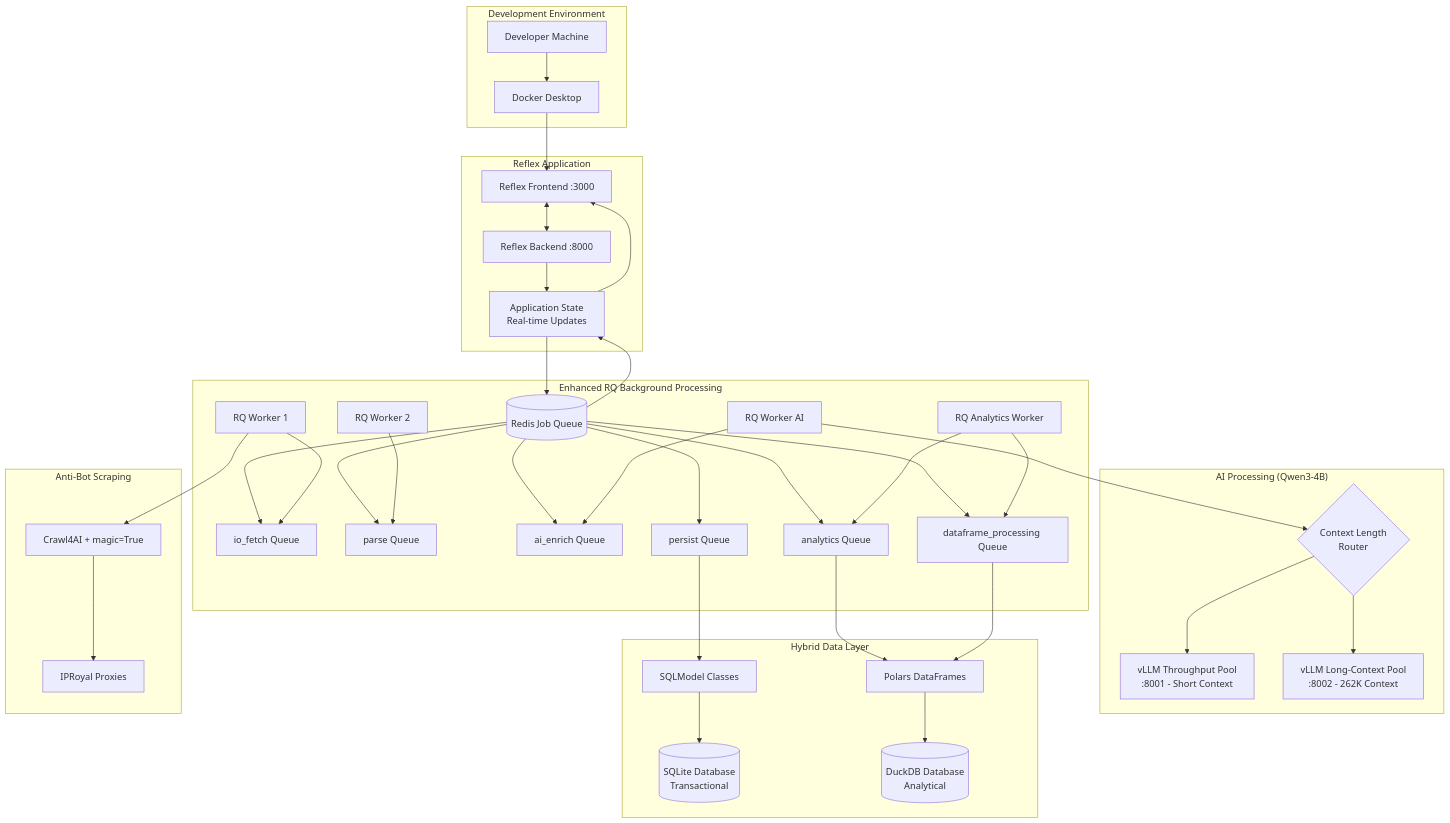
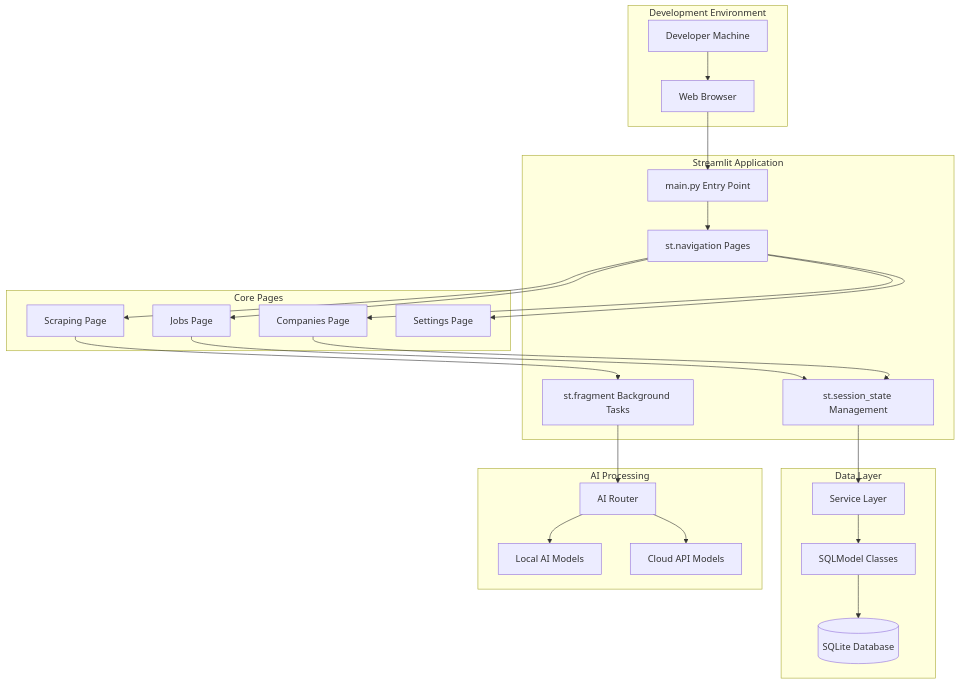
One commit to BjornMelin/ai-job-scraper changed the diagram in docs/adrs/ADR-017-local-development-architecture.md. Above: the diagram before and after it, drawn with Mermaid. The commit also changed other lines of this file and 3 other files, not shown here.

````diff
--- a/docs/adrs/ADR-017-local-development-architecture.md
+++ b/docs/adrs/ADR-017-local-development-architecture.md
@@ -68,81 +169,53 @@
 ```mermaid
 graph TB
     subgraph "Development Environment"
         DEV[Developer Machine]
-        DOCKER[Docker Desktop]
+        BROWSER[Web Browser]
     end
     
-    subgraph "Reflex Application"
-        UI[Reflex Frontend :3000]
-        API[Reflex Backend :8000]
-        STATE[Application State<br/>Real-time Updates]
+    subgraph "Streamlit Application"
+        MAIN[main.py Entry Point]
+        NAV[st.navigation Pages]
+        STATE[st.session_state Management]
+        FRAGMENTS[st.fragment Background Tasks]
     end
     
-    subgraph "Enhanced RQ Background Processing"
-        REDIS[(Redis Job Queue)]
-        FETCH_Q[io_fetch Queue]
-        PARSE_Q[parse Queue]
-        AI_Q[ai_enrich Queue]
-        ANALYTICS_Q[analytics Queue]
-        DATAFRAME_Q[dataframe_processing Queue]
-        PERSIST_Q[persist Queue]
-        WORKER1[RQ Worker 1]
-        WORKER2[RQ Worker 2]
-        WORKER3[RQ Worker AI]
-        WORKER4[RQ Analytics Worker]
+    subgraph "Core Pages"
+        JOBS[Jobs Page]
+        COMPANIES[Companies Page] 
+        SCRAPING[Scraping Page]
+        SETTINGS[Settings Page]
     end
     
-    subgraph "AI Processing (Qwen3-4B)"
-        VLLM_SHORT[vLLM Throughput Pool<br/>:8001 - Short Context]
-        VLLM_LONG[vLLM Long-Context Pool<br/>:8002 - 262K Context]
-        AI_ROUTER{Context Length<br/>Router}
+    subgraph "Data Layer"
+        DB[(SQLite Database)]
+        MODELS[SQLModel Classes]
+        SERVICES[Service Layer]
     end
     
-    subgraph "Hybrid Data Layer"
-        DB[(SQLite Database<br/>Transactional)]
-        ANALYTICS_DB[(DuckDB Database<br/>Analytical)]
-        MODELS[SQLModel Classes]
-        POLARS[Polars DataFrames]
+    subgraph "AI Processing"
+        LOCAL[Local AI Models]
+        CLOUD[Cloud API Models]
+        ROUTER[AI Router]
     end
     
-    subgraph "Anti-Bot Scraping"
-        CRAWLER[Crawl4AI + magic=True]
-        PROXIES[IPRoyal Proxies]
-    end
+    DEV --> BROWSER
+    BROWSER --> MAIN
+    MAIN --> NAV
+    NAV --> JOBS
+    NAV --> COMPANIES
+    NAV --> SCRAPING
+    NAV --> SETTINGS
     
-    DEV --> DOCKER
-    DOCKER --> UI
-    UI <--> API
-    API --> STATE
-    STATE --> REDIS
+    JOBS --> STATE
+    COMPANIES --> STATE
+    SCRAPING --> FRAGMENTS
     
-    REDIS --> FETCH_Q
-    REDIS --> PARSE_Q
-    REDIS --> AI_Q
-    REDIS --> ANALYTICS_Q
-    REDIS --> DATAFRAME_Q
-    REDIS --> PERSIST_Q
-    
-    WORKER1 --> FETCH_Q
-    WORKER1 --> CRAWLER
-    CRAWLER --> PROXIES
-    
-    WORKER2 --> PARSE_Q
-    WORKER3 --> AI_Q
-    WORKER3 --> AI_ROUTER
-    WORKER4 --> ANALYTICS_Q
-    WORKER4 --> DATAFRAME_Q
-    
-    AI_ROUTER --> VLLM_SHORT
-    AI_ROUTER --> VLLM_LONG
-    
-    PERSIST_Q --> MODELS
+    STATE --> SERVICES
+    SERVICES --> MODELS
     MODELS --> DB
     
-    ANALYTICS_Q --> POLARS
-    DATAFRAME_Q --> POLARS
-    POLARS --> ANALYTICS_DB
-    
-    REDIS --> STATE
-    STATE --> UI
+    FRAGMENTS --> ROUTER
+    ROUTER --> LOCAL
+    ROUTER --> CLOUD
 ```
````
